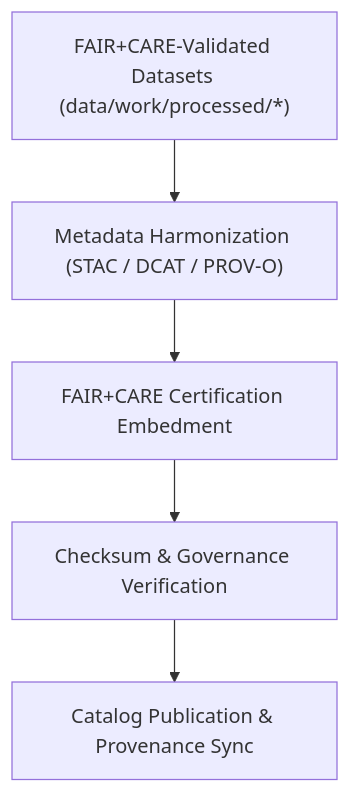
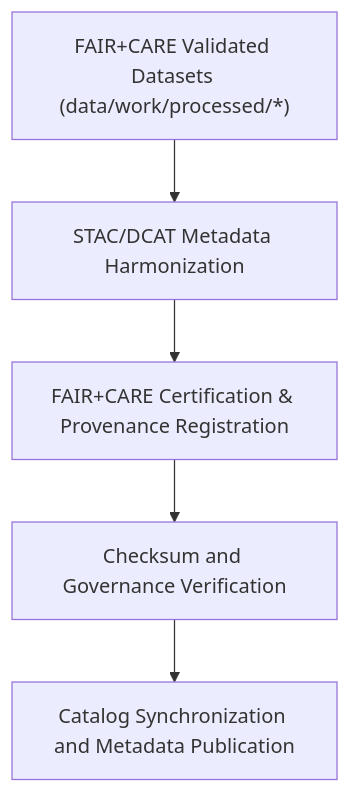
The diagram in data/work/processed/metadata/README.md (bartytime4life/Kansas-Frontier-Matrix), drawn with Mermaid before and after one commit. The commit also changed other lines of this file, not shown here.

First line of the commit message:
Bump metadata version to v9.6.0 and update references

````diff
--- a/data/work/processed/metadata/README.md
+++ b/data/work/processed/metadata/README.md
@@ -67,7 +64,7 @@
 ```mermaid
 flowchart TD
-    A["FAIR+CARE-Validated Datasets (data/work/processed/*)"] --> B["Metadata Harmonization (STAC / DCAT / PROV-O)"]
-    B --> C["FAIR+CARE Certification Embedment"]
-    C --> D["Checksum & Governance Verification"]
-    D --> E["Catalog Publication & Provenance Sync"]
+    A["FAIR+CARE Validated Datasets (data/work/processed/*)"] --> B["STAC/DCAT Metadata Harmonization"]
+    B --> C["FAIR+CARE Certification & Provenance Registration"]
+    C --> D["Checksum and Governance Verification"]
+    D --> E["Catalog Synchronization and Metadata Publication"]
 ```
````
